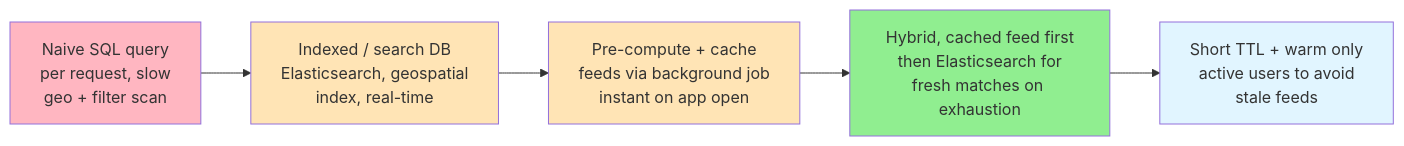
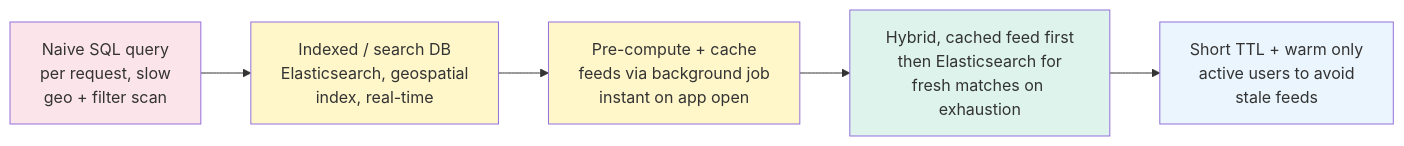
The third of 3 diagrams in LLD/SystemDesign/ProblemBreakdowns/Tinder.md (cartmancodes/InterviewVault), drawn with Mermaid before and after one commit. The commit also changed other lines of this file and 679 other files, not shown here.

Commit message:
Unify content diagrams and add accessible visual walkthroughs

````diff
--- a/LLD/SystemDesign/ProblemBreakdowns/Tinder.md
+++ b/LLD/SystemDesign/ProblemBreakdowns/Tinder.md
@@ -472,13 +472,13 @@
 ```mermaid
 graph LR
     SQL["Naive SQL query<br/>per request, slow<br/>geo + filter scan"] --> IDX["Indexed / search DB<br/>Elasticsearch, geospatial<br/>index, real-time"]
     IDX --> CACHE["Pre-compute + cache<br/>feeds via background job<br/>instant on app open"]
     CACHE --> COMBO["Hybrid, cached feed first<br/>then Elasticsearch for<br/>fresh matches on exhaustion"]
     COMBO --> TTL["Short TTL + warm only<br/>active users to avoid<br/>stale feeds"]
 
-    style SQL fill:#FFB6C1
-    style IDX fill:#FFE4B5
-    style CACHE fill:#FFE4B5
-    style COMBO fill:#90EE90
-    style TTL fill:#e1f5ff
+    style SQL fill:#FCE5EA
+    style IDX fill:#FFF6C9
+    style CACHE fill:#FFF6C9
+    style COMBO fill:#DDF3EC
+    style TTL fill:#EAF5FD
 ```
````
